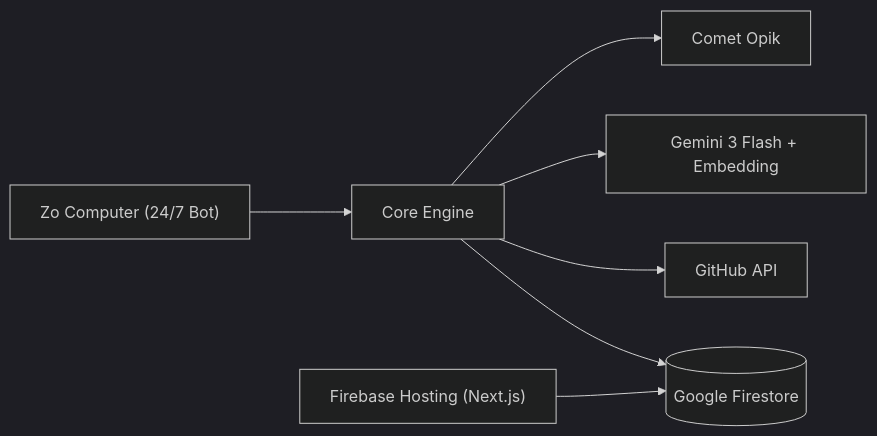
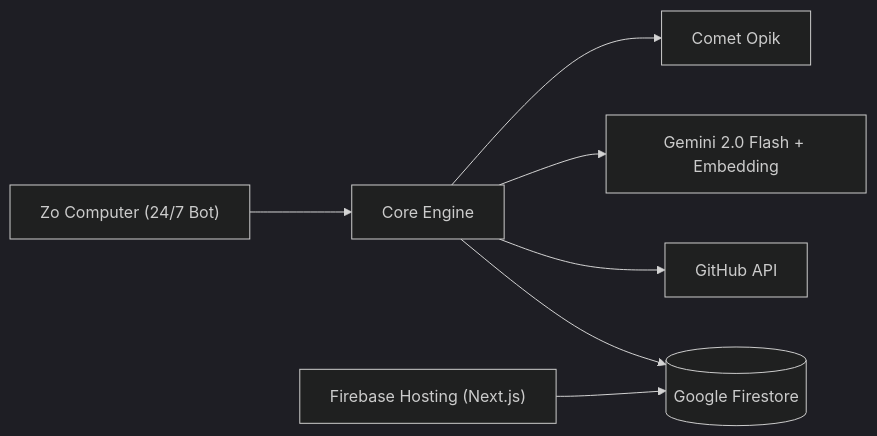
Before and after one commit to nashy3k/momentum-shadow-dev: the second of 2 diagrams in README.md, drawn with Mermaid (dark theme). The commit also changed other lines of this file and 7 other files, not shown here.

Commit message:
docs: standardize on Gemini 2.0 Flash across README, workflow, and user guide

````diff
--- a/README.md
+++ b/README.md
@@ -181,9 +181,9 @@
 ```mermaid
 flowchart LR
     Zo["Zo Computer (24/7 Bot)"] --> Engine[Core Engine]
     Engine --> Opik[Comet Opik]
-    Engine --> Gemini[Gemini 3 Flash + Embedding]
+    Engine --> Gemini[Gemini 2.0 Flash + Embedding]
     Engine --> GitHub[GitHub API]
     Engine --> DB[(Google Firestore)]
     Dashboard["Firebase Hosting (Next.js)"] --> DB
 ```
````
